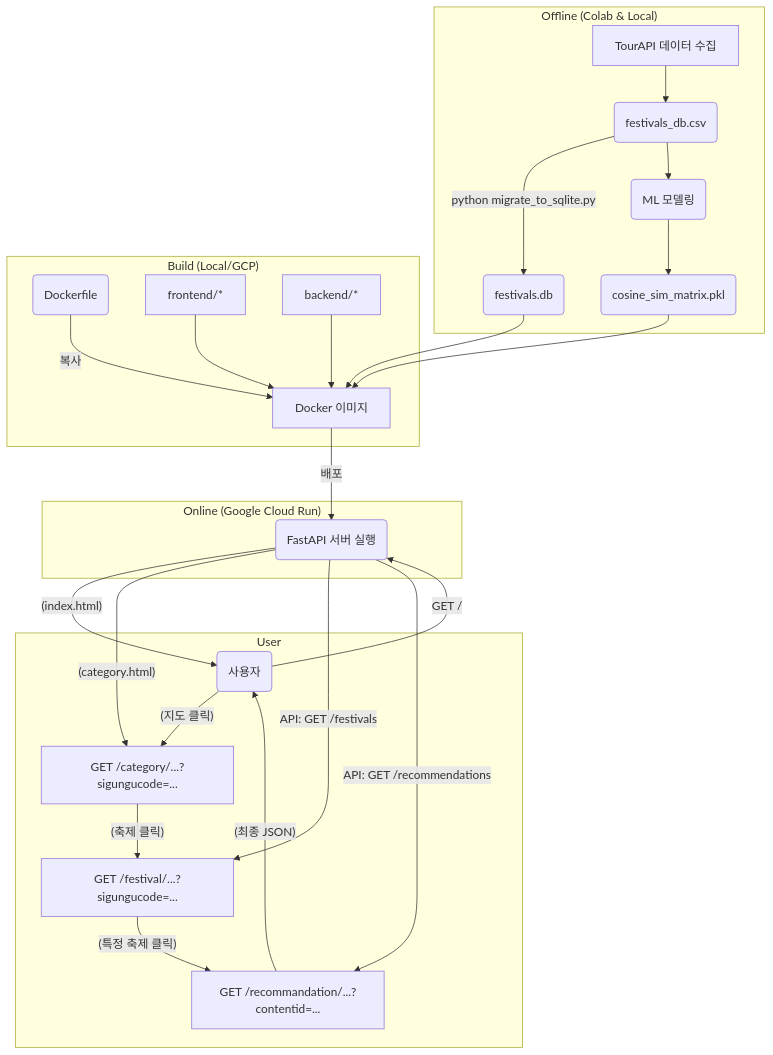
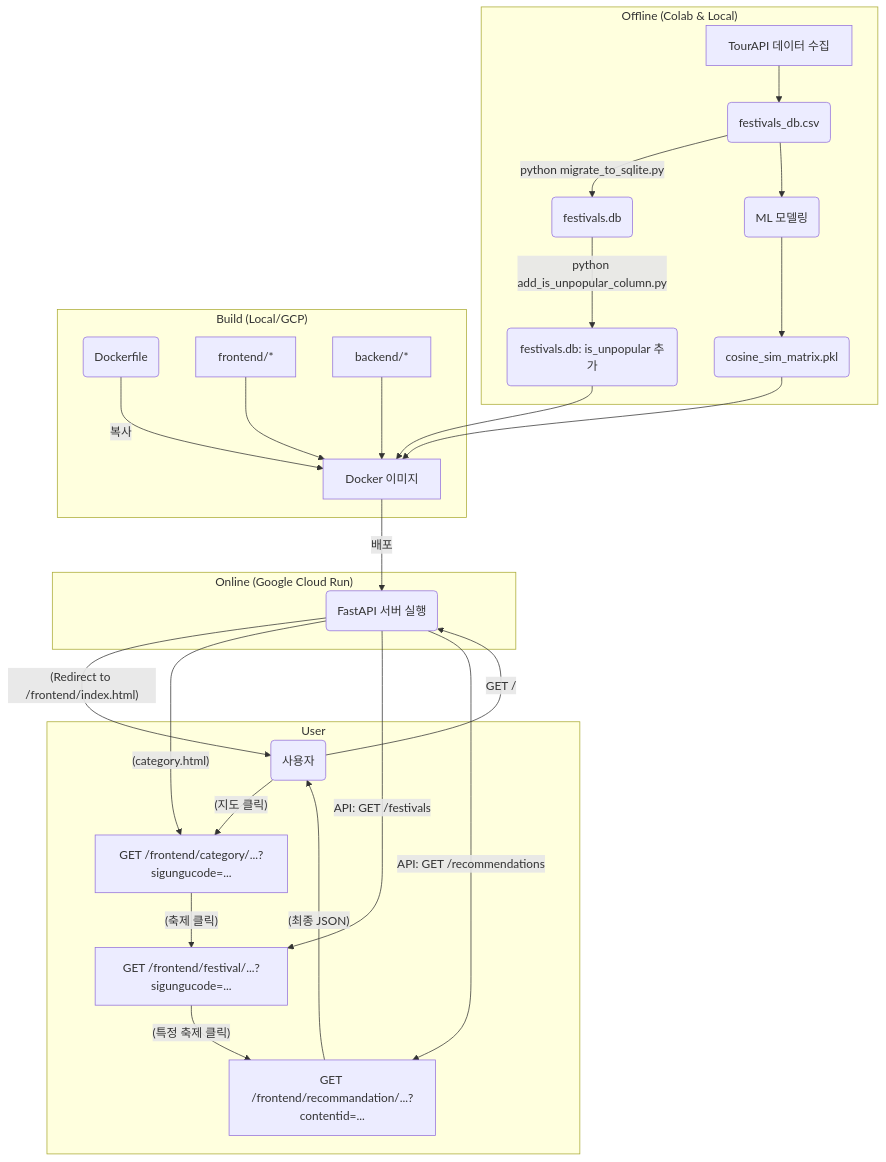
Before and after one commit to Saturn294571/Festival-Compass-in-Seoul: the diagram in README.md, drawn with Mermaid. The commit also changed other lines of this file and 2 other files, not shown here.

Commit message:
edit readme and sql python files

````diff
--- a/README.md
+++ b/README.md
@@ -87,33 +88,34 @@
 ```mermaid
 graph TD
     subgraph "Offline (Colab & Local)"
         A[TourAPI 데이터 수집] --> B(festivals_db.csv);
         B -- python migrate_to_sqlite.py --> C(festivals.db);
         B --> D(ML 모델링);
         D --> E(cosine_sim_matrix.pkl);
+        C -- python add_is_unpopular_column.py --> C_Updated(festivals.db: is_unpopular 추가);
     end
 
     subgraph "Build (Local/GCP)"
         F(Dockerfile) --복사--> G[Docker 이미지];
-        C --> G;
+        C_Updated --> G;
         E --> G;
         H[frontend/*] --> G;
         I[backend/*] --> G;
     end
 
     subgraph "Online (Google Cloud Run)"
         G --배포--> J(FastAPI 서버 실행);
     end
 
     subgraph "User"
         K(사용자) -- GET / --> J;
-        J -- (index.html) --> K;
-        K -- (지도 클릭) --> L[GET /category/...?sigungucode=...];
+        J -- (Redirect to /frontend/index.html) --> K;
+        K -- (지도 클릭) --> L[GET /frontend/category/...?sigungucode=...];
         J -- (category.html) --> L;
-        L -- (축제 클릭) --> M[GET /festival/...?sigungucode=...];
+        L -- (축제 클릭) --> M[GET /frontend/festival/...?sigungucode=...];
         J -- API: GET /festivals --> M;
-        M -- (특정 축제 클릭) --> N[GET /recommandation/...?contentid=...];
+        M -- (특정 축제 클릭) --> N[GET /frontend/recommandation/...?contentid=...];
         J -- API: GET /recommendations --> N;
         N -- (최종 JSON) --> K;
     end
 ```
````
